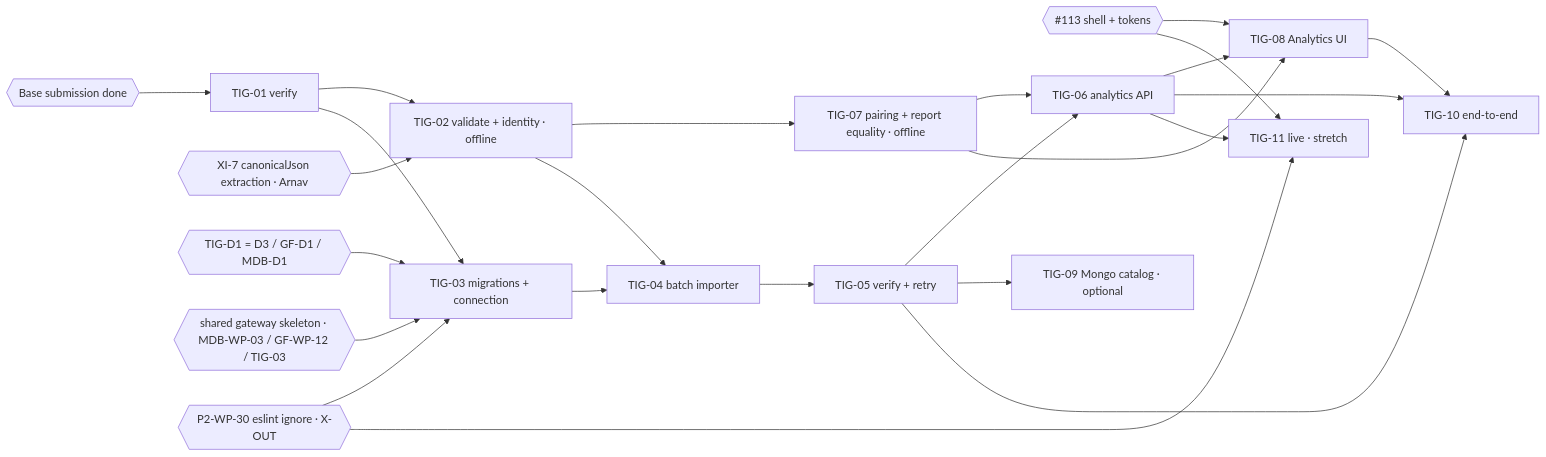
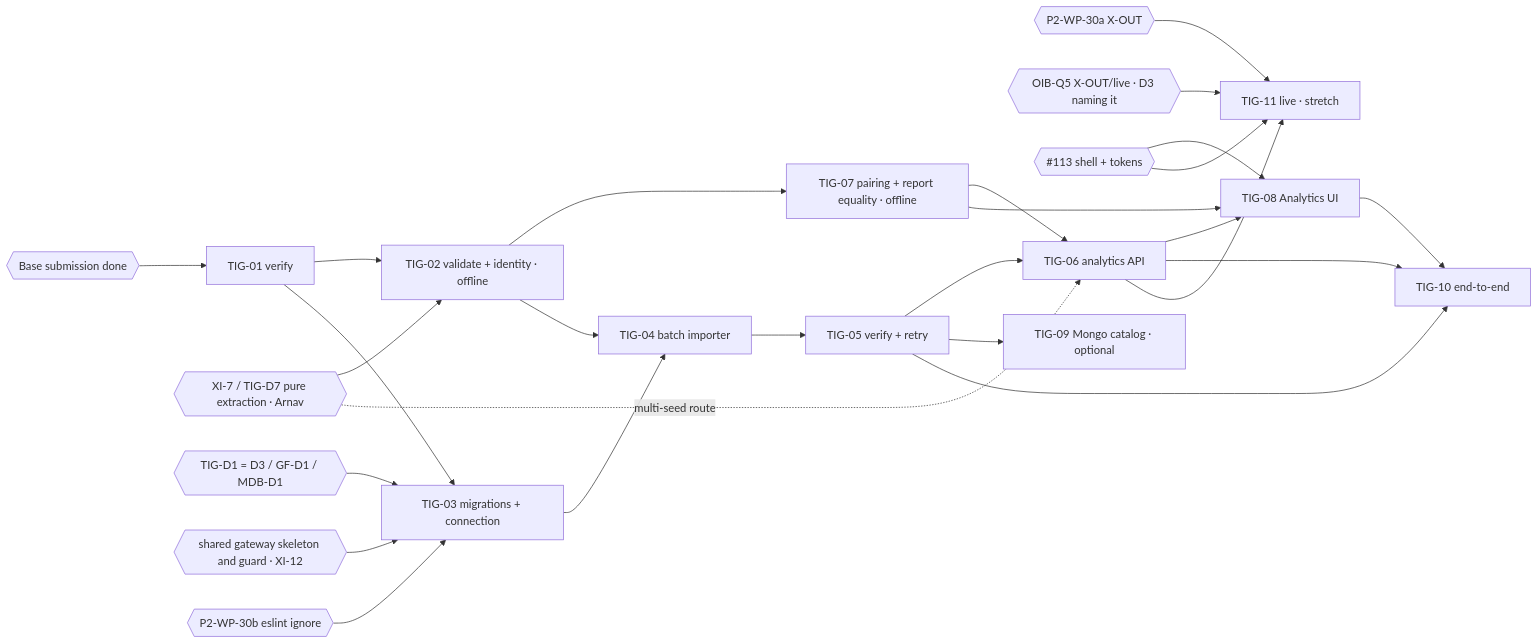
Before and after one commit to durhacko/Pihh: the diagram in docs/planning/tiger-data-integration-work-packages.md, drawn with Mermaid. The commit also changed other lines of this file and 4 other files, not shown here.

````diff
--- a/docs/planning/tiger-data-integration-work-packages.md
+++ b/docs/planning/tiger-data-integration-work-packages.md
@@ -635,30 +694,34 @@
 ```mermaid
 flowchart LR
   SUB{{Base submission done}} --> T01[TIG-01 verify]
-  CJ{{XI-7 canonicalJson extraction · Arnav}}
+  CJ{{XI-7 / TIG-D7 pure extraction · Arnav}}
   D1{{TIG-D1 = D3 / GF-D1 / MDB-D1}}
-  GW{{shared gateway skeleton · MDB-WP-03 / GF-WP-12 / TIG-03}}
-  P30{{P2-WP-30 eslint ignore · X-OUT}}
+  GW{{shared gateway skeleton and guard · XI-12}}
+  P30{{P2-WP-30b eslint ignore}}
+  P30A{{P2-WP-30a X-OUT}}
+  OQ5{{OIB-Q5 X-OUT/live · D3 naming it}}
   B113{{#113 shell + tokens}}
   T01 --> T02[TIG-02 validate + identity · offline]
   CJ --> T02
   T02 --> T07[TIG-07 pairing + report equality · offline]
   T01 --> T03[TIG-03 migrations + connection]
   D1 --> T03
   GW --> T03
   P30 --> T03
   T02 --> T04[TIG-04 batch importer]
   T03 --> T04 --> T05[TIG-05 verify + retry]
   T05 --> T06[TIG-06 analytics API]
   T07 --> T06
+  CJ -. multi-seed route .-> T06
   T06 --> T08[TIG-08 Analytics UI]
   T07 --> T08
   B113 --> T08
   T05 --> T09[TIG-09 Mongo catalog · optional]
   T05 --> T10[TIG-10 end-to-end]
   T06 --> T10
   T08 --> T10
   T06 --> T11[TIG-11 live · stretch]
-  P30 --> T11
+  P30A --> T11
+  OQ5 --> T11
   B113 --> T11
 ```
````
